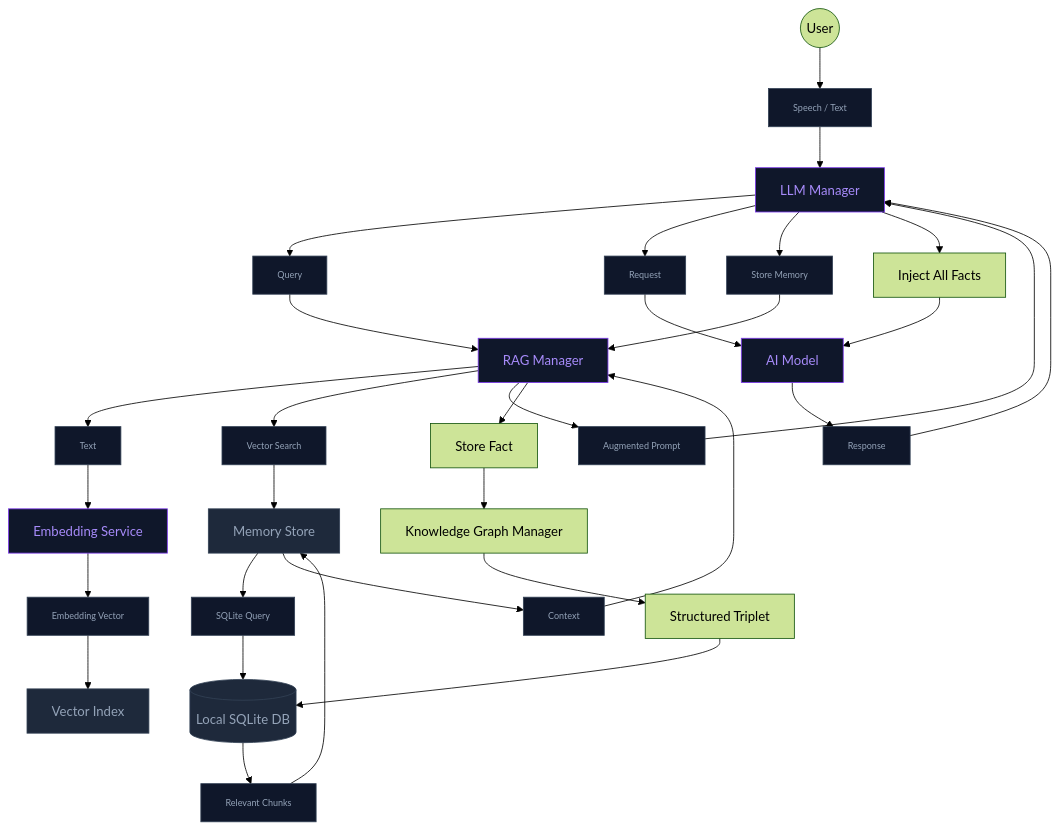
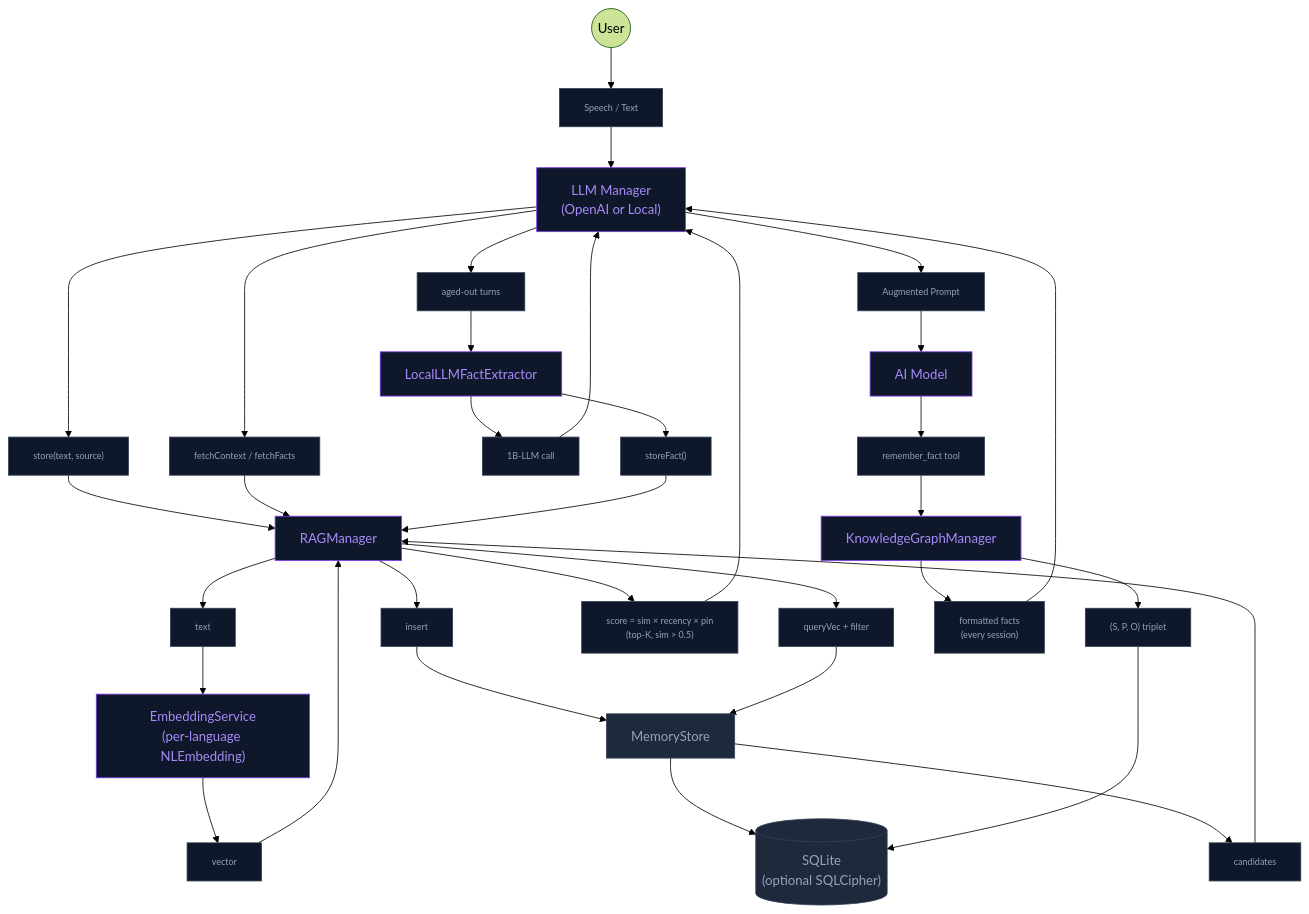
The diagram in docs/RAG.md (kevinliddel/NeuraLink), drawn with Mermaid (forest theme) before and after one commit. The commit also changed other lines of this file and 3 other files, not shown here.

Commit message:
docs: refactor security mermaid diagram, update function calling with new tools, and add app size reduction plan documentation.

````diff
--- a/docs/RAG.md
+++ b/docs/RAG.md
@@ -26,35 +52,36 @@
 ```mermaid
 graph TD
-    User(("User")) --> D1["Speech / Text"] --> LLMManager["LLM Manager"]
+    User(("User")) --> D1["Speech / Text"] --> LLMManager["LLM Manager<br>(OpenAI or Local)"]
 
-    LLMManager --> D2["Query"] --> RAGManager["RAG Manager"]
+    %% Ingestion side
+    LLMManager --> D2["store(text, source)"] --> RAGManager["RAGManager"]
+    RAGManager --> D3["text"] --> EmbedService["EmbeddingService<br>(per-language NLEmbedding)"]
+    EmbedService --> D4["vector"] --> RAGManager
+    RAGManager --> D5["insert"] --> MemStore["MemoryStore"]
+    MemStore --> SQLite[("SQLite<br>(optional SQLCipher)")]
 
-    RAGManager --> D3["Text"] --> EmbedService["Embedding Service"]
-    EmbedService --> D4["Embedding Vector"] --> Vector["Vector Index"]
+    %% Retrieval side
+    LLMManager --> D6["fetchContext / fetchFacts"] --> RAGManager
+    RAGManager --> D7["queryVec + filter"] --> MemStore
+    MemStore --> D8["candidates"] --> RAGManager
+    RAGManager --> D9["score = sim × recency × pin<br>(top-K, sim > 0.5)"] --> LLMManager
+    LLMManager --> D10["Augmented Prompt"] --> AIModel["AI Model"]
 
-    RAGManager --> D5["Vector Search"] --> MemStore["Memory Store"]
-    MemStore --> D6["SQLite Query"] --> SQLite[("Local SQLite DB")]
-    SQLite --> D7["Relevant Chunks"] --> MemStore
+    %% Background compaction (local LLM only)
+    LLMManager --> D11["aged-out turns"] --> Extractor["LocalLLMFactExtractor"]
+    Extractor --> D12["1B-LLM call"] --> LLMManager
+    Extractor --> D13["storeFact()"] --> RAGManager
 
-    MemStore --> D8["Context"] --> RAGManager
-    RAGManager --> D9["Augmented Prompt"] --> LLMManager
+    %% Knowledge Graph — explicit facts via tool
+    AIModel --> D14["remember_fact tool"] --> KGManager["KnowledgeGraphManager"]
+    KGManager --> D15["(S, P, O) triplet"] --> SQLite
+    KGManager --> D16["formatted facts<br>(every session)"] --> LLMManager
 
-    LLMManager --> D10["Request"] --> AIModel["AI Model"]
-    AIModel --> D11["Response"] --> LLMManager
-
-    LLMManager --> D12["Store Memory"] --> RAGManager
-    RAGManager --> D13["Store Fact"] --> KGManager["Knowledge Graph Manager"]
-    KGManager --> D14["Structured Triplet"] --> SQLite
-    LLMManager --> D15["Inject All Facts"] --> AIModel
-
-    %% Core styles
     classDef core fill:#0f172a,stroke:#7c3aed,color:#a78bfa
     classDef storage fill:#1e293b,stroke:#334155,color:#94a3b8
+    classDef data fill:#0f172a,stroke:#334155,color:#94a3b8,font-size:11px
 
-    class LLMManager,RAGManager,EmbedService,AIModel core
-    class MemStore,Vector,SQLite storage
-
-    %% Data flow style (consistent with your other diagrams)
-    classDef data fill:#0f172a,stroke:#334155,color:#94a3b8,font-size:11px
-    class D1,D2,D3,D4,D5,D6,D7,D8,D9,D10,D11,D12 data
+    class LLMManager,RAGManager,EmbedService,Extractor,KGManager,AIModel core
+    class MemStore,SQLite storage
+    class D1,D2,D3,D4,D5,D6,D7,D8,D9,D10,D11,D12,D13,D14,D15,D16 data
 ```
````
